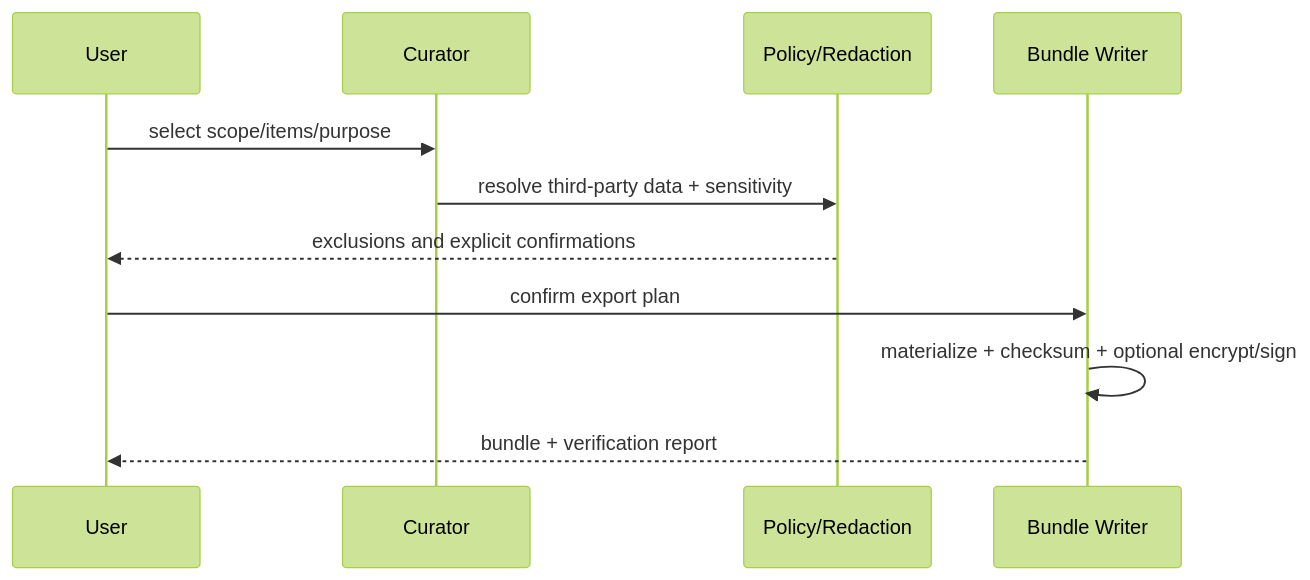
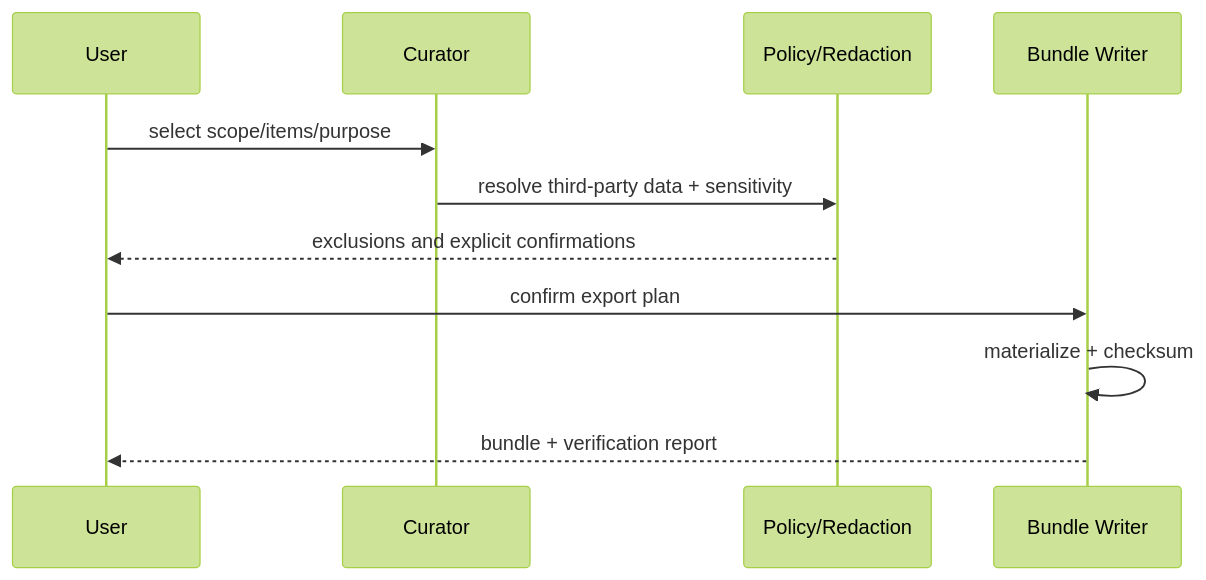
Before and after one commit to Cainheart/tracegraph-agent: the second of 2 diagrams in docs/outlive-agent-v2/04-memory-and-experience/05-legacy-governance.md, drawn with Mermaid (forest theme). The commit also changed other lines of this file and 69 other files, not shown here.

````diff
--- a/docs/outlive-agent-v2/04-memory-and-experience/05-legacy-governance.md
+++ b/docs/outlive-agent-v2/04-memory-and-experience/05-legacy-governance.md
@@ -48,13 +49,13 @@
 ```mermaid
 sequenceDiagram
   participant U as User
   participant C as Curator
   participant P as Policy/Redaction
   participant B as Bundle Writer
   U->>C: select scope/items/purpose
   C->>P: resolve third-party data + sensitivity
   P-->>U: exclusions and explicit confirmations
   U->>B: confirm export plan
-  B->>B: materialize + checksum + optional encrypt/sign
+  B->>B: materialize + checksum
   B-->>U: bundle + verification report
 ```
````
